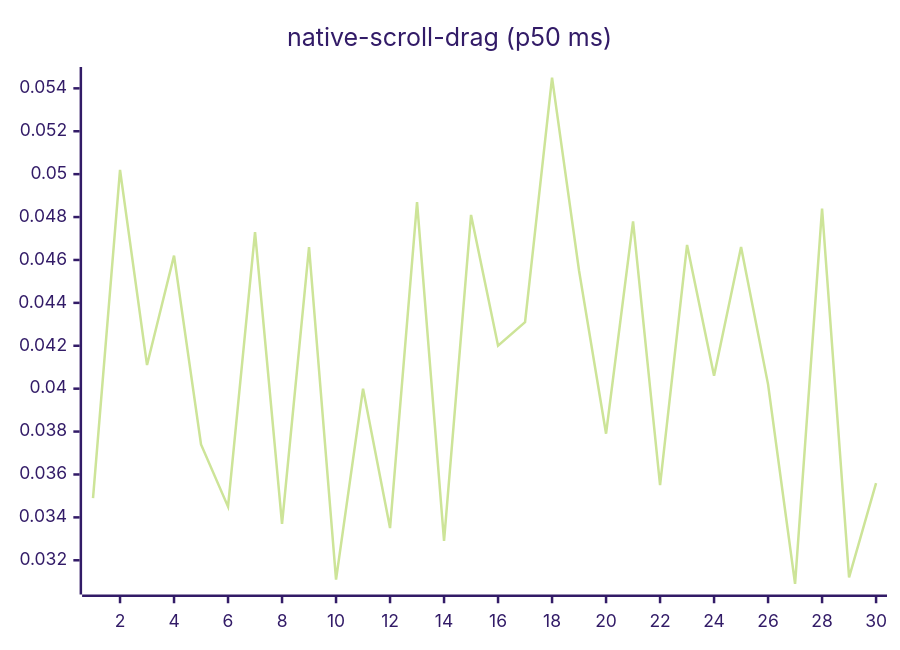
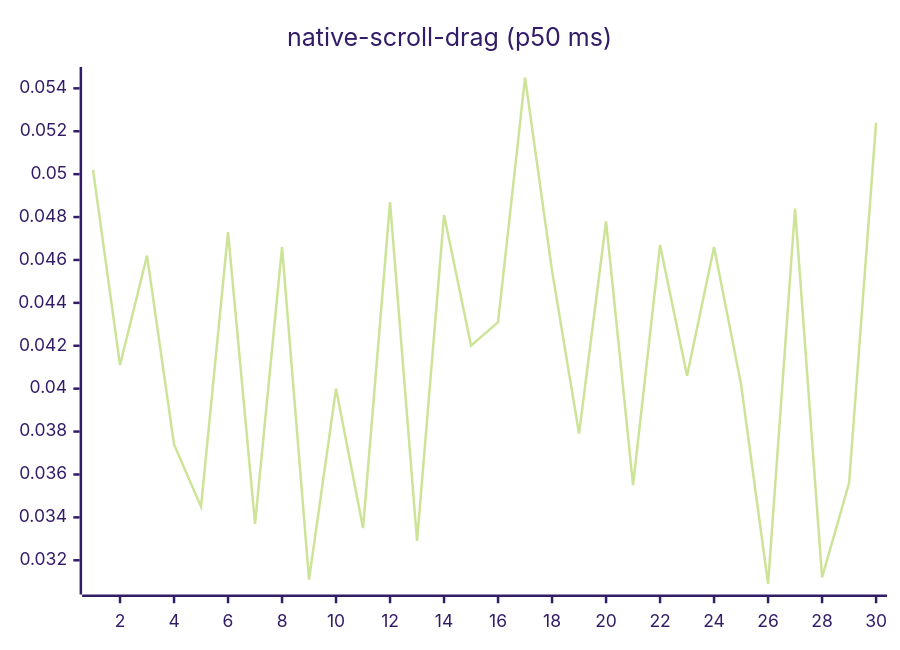
Before and after one commit to josha/Facet: diagram 14 of 27 in README.md, drawn with Mermaid (forest theme). The commit also changed other lines of this file and 2 other files, not shown here.

````diff
--- a/README.md
+++ b/README.md
@@ -154,6 +154,6 @@
 ```mermaid
 xychart-beta
     title "native-scroll-drag (p50 ms)"
     x-axis 1 --> 30
-    line [0.0349, 0.0502, 0.0411, 0.0462, 0.0374, 0.0345, 0.0473, 0.0337, 0.0466, 0.0311, 0.0400, 0.0335, 0.0487, 0.0329, 0.0481, 0.0420, 0.0431, 0.0545, 0.0455, 0.0379, 0.0478, 0.0355, 0.0467, 0.0406, 0.0466, 0.0402, 0.0309, 0.0484, 0.0312, 0.0356]
+    line [0.0502, 0.0411, 0.0462, 0.0374, 0.0345, 0.0473, 0.0337, 0.0466, 0.0311, 0.0400, 0.0335, 0.0487, 0.0329, 0.0481, 0.0420, 0.0431, 0.0545, 0.0455, 0.0379, 0.0478, 0.0355, 0.0467, 0.0406, 0.0466, 0.0402, 0.0309, 0.0484, 0.0312, 0.0356, 0.0524]
 ```
````
